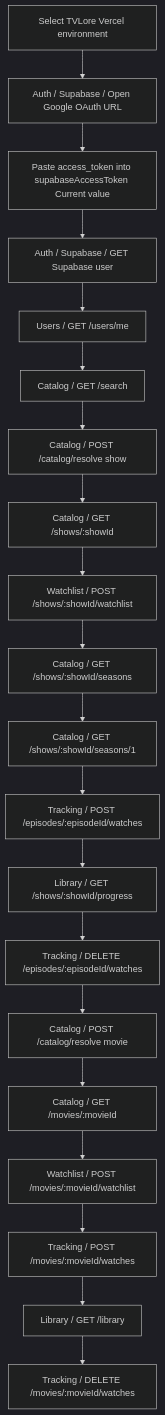
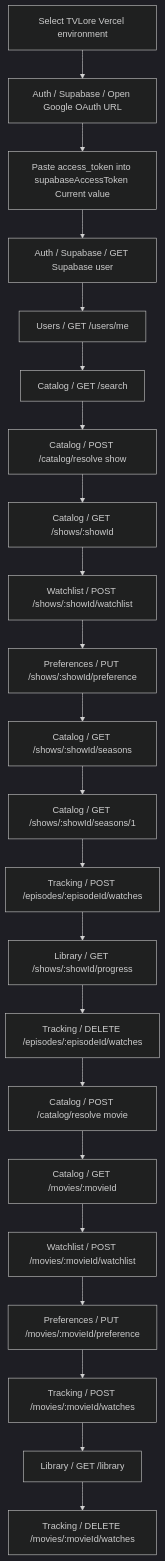
Before and after one commit to luiskabal/tvlore: the ninth of 9 diagrams in docs/current-state.md, drawn with Mermaid (dark theme). The commit also changed other lines of this file and 21 other files, not shown here.

First line of the commit message:
feat: add rating preferences

````diff
--- a/docs/current-state.md
+++ b/docs/current-state.md
@@ -605,43 +642,47 @@
 ```mermaid
 flowchart TB
   Env[Select TVLore Vercel environment]
   Login[Auth / Supabase / Open Google OAuth URL]
   Token[Paste access_token into supabaseAccessToken Current value]
   Validate[Auth / Supabase / GET Supabase user]
   Me[Users / GET /users/me]
   Search[Catalog / GET /search]
   ResolveShow[Catalog / POST /catalog/resolve show]
   Show[Catalog / GET /shows/:showId]
   Seasons[Catalog / GET /shows/:showId/seasons]
   Season[Catalog / GET /shows/:showId/seasons/1]
   EpisodeWatch[Tracking / POST /episodes/:episodeId/watches]
   Progress[Library / GET /shows/:showId/progress]
   EpisodeUnwatch[Tracking / DELETE /episodes/:episodeId/watches]
   ResolveMovie[Catalog / POST /catalog/resolve movie]
   Movie[Catalog / GET /movies/:movieId]
   MovieWatch[Tracking / POST /movies/:movieId/watches]
   ShowWatchlist[Watchlist / POST /shows/:showId/watchlist]
+  ShowRating[Preferences / PUT /shows/:showId/preference]
   MovieWatchlist[Watchlist / POST /movies/:movieId/watchlist]
+  MovieRating[Preferences / PUT /movies/:movieId/preference]
   Library[Library / GET /library]
   MovieUnwatch[Tracking / DELETE /movies/:movieId/watches]
 
   Env --> Login
   Login --> Token
   Token --> Validate
   Validate --> Me
   Me --> Search
   Search --> ResolveShow
   ResolveShow --> Show
   Show --> ShowWatchlist
-  ShowWatchlist --> Seasons
+  ShowWatchlist --> ShowRating
+  ShowRating --> Seasons
   Seasons --> Season
   Season --> EpisodeWatch
   EpisodeWatch --> Progress
   Progress --> EpisodeUnwatch
   EpisodeUnwatch --> ResolveMovie
   ResolveMovie --> Movie
   Movie --> MovieWatchlist
-  MovieWatchlist --> MovieWatch
+  MovieWatchlist --> MovieRating
+  MovieRating --> MovieWatch
   MovieWatch --> Library
   Library --> MovieUnwatch
 ```
````
